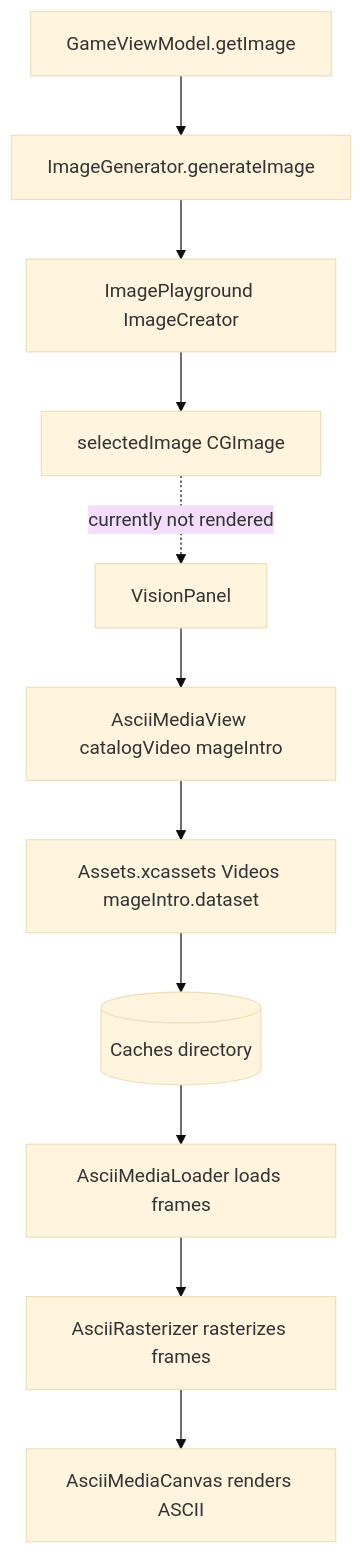
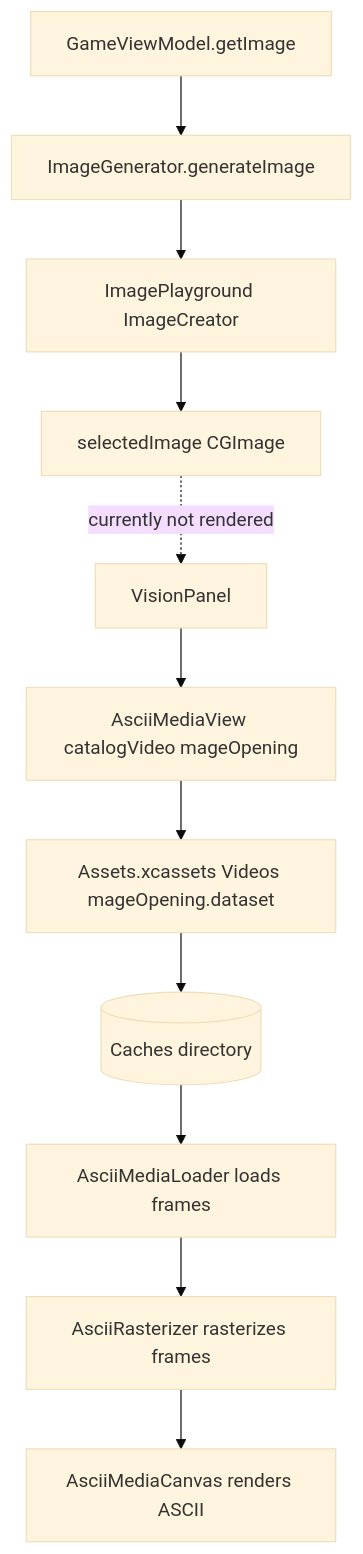
Before and after one commit to enzoenrico/naninf: the fourth of 4 diagrams in docs/current-ai-surface-map.md, drawn with Mermaid (base theme). The commit also changed other lines of this file and 10 other files, not shown here.

````diff
--- a/docs/current-ai-surface-map.md
+++ b/docs/current-ai-surface-map.md
@@ -245,27 +245,27 @@
 ```mermaid
 flowchart TD
   Vision[VisionPanel]
-  StaticMedia[AsciiMediaView catalogVideo mageIntro]
-  Asset[Assets.xcassets Videos mageIntro.dataset]
+  StaticMedia[AsciiMediaView catalogVideo mageOpening]
+  Asset[Assets.xcassets Videos mageOpening.dataset]
   Cache[(Caches directory)]
   Frames[AsciiMediaLoader loads frames]
   Raster[AsciiRasterizer rasterizes frames]
   Canvas[AsciiMediaCanvas renders ASCII]
 
   GenRequest[GameViewModel.getImage]
   ImageGen[ImageGenerator.generateImage]
   Playground[ImagePlayground ImageCreator]
   Selected[selectedImage CGImage]
 
   Vision --> StaticMedia
   StaticMedia --> Asset
   Asset --> Cache
   Cache --> Frames
   Frames --> Raster
   Raster --> Canvas
 
   GenRequest --> ImageGen
   ImageGen --> Playground
   Playground --> Selected
   Selected -. currently not rendered .-> Vision
 ```
````
